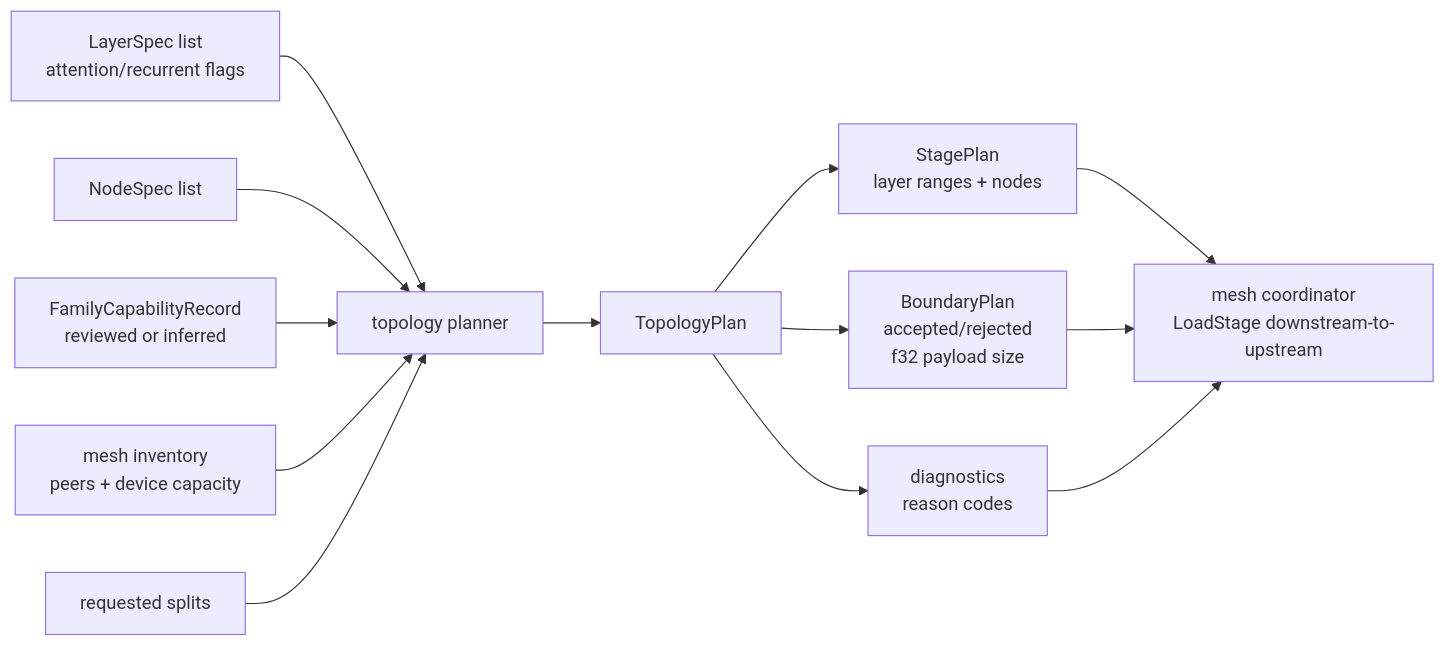
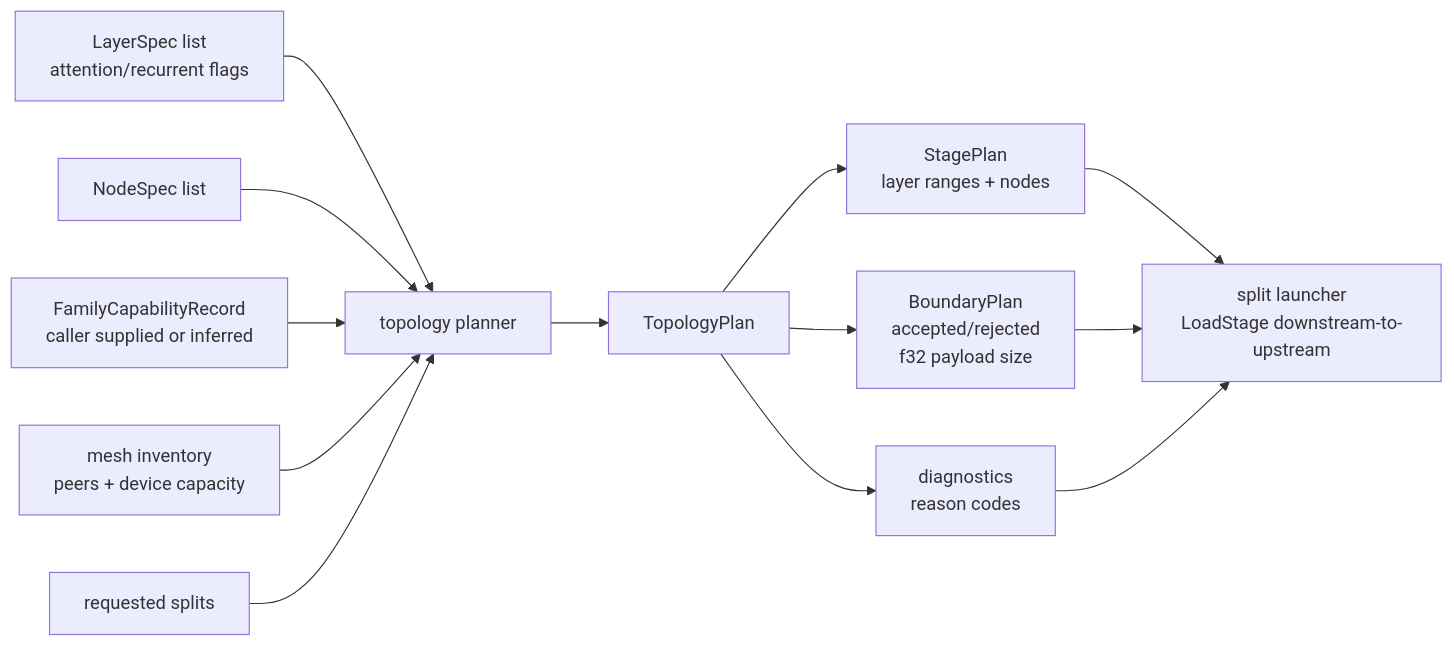
One commit to 76287298092/mesh-llm changed the first of 2 diagrams in skippy/crates/skippy-topology/README.md. Above: the diagram before and after it, drawn with Mermaid. The commit also changed other lines of this file and 11 other files, not shown here.

First line of the commit message:
refactor(skippy)!: remove reviewed topology capability registry

````diff
--- a/skippy/crates/skippy-topology/README.md
+++ b/skippy/crates/skippy-topology/README.md
@@ -17,15 +18,15 @@
 ```mermaid
 flowchart LR
     L["LayerSpec list<br/>attention/recurrent flags"] --> P["topology planner"]
     N["NodeSpec list"] --> P
-    F["FamilyCapabilityRecord<br/>reviewed or inferred"] --> P
+    F["FamilyCapabilityRecord<br/>caller supplied or inferred"] --> P
     I["mesh inventory<br/>peers + device capacity"] --> P
     S["requested splits"] --> P
     P --> Plan["TopologyPlan"]
     Plan --> Stages["StagePlan<br/>layer ranges + nodes"]
     Plan --> Bounds["BoundaryPlan<br/>accepted/rejected<br/>f32 payload size"]
     Plan --> Diag["diagnostics<br/>reason codes"]
-    Stages --> Mesh["mesh coordinator<br/>LoadStage downstream-to-upstream"]
-    Bounds --> Mesh
-    Diag --> Mesh
+    Stages --> Caller["split launcher<br/>LoadStage downstream-to-upstream"]
+    Bounds --> Caller
+    Diag --> Caller
 ```
````
